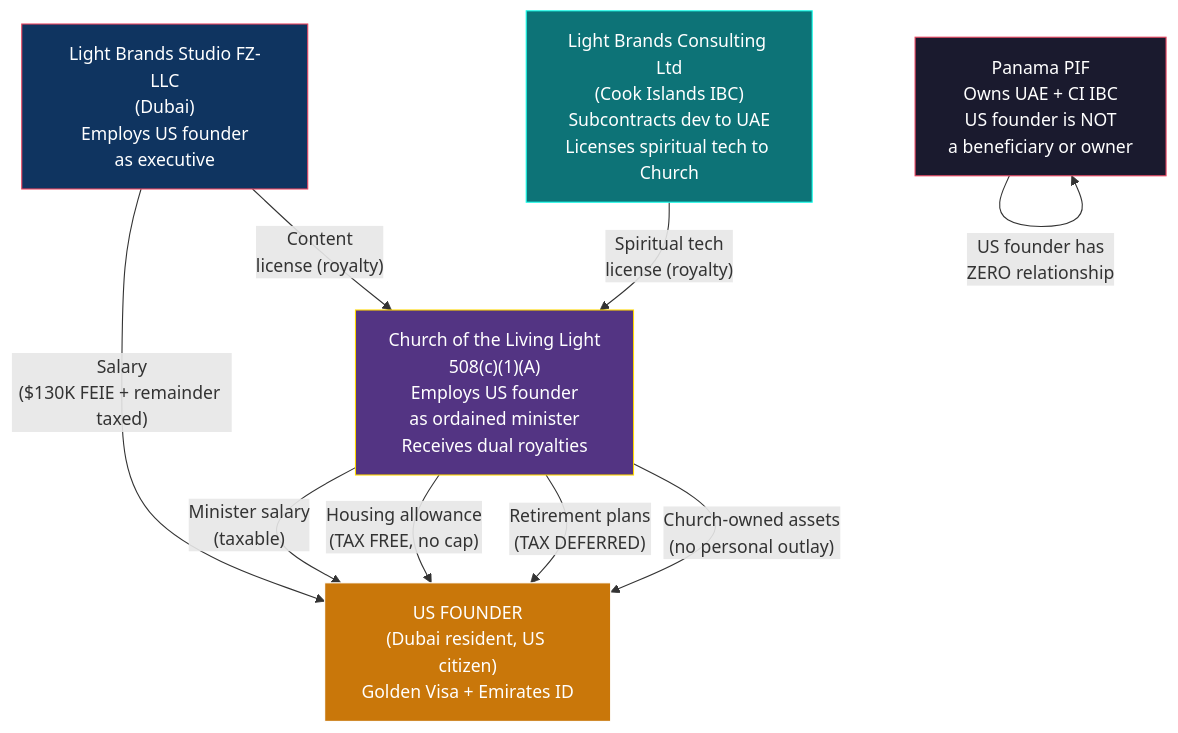
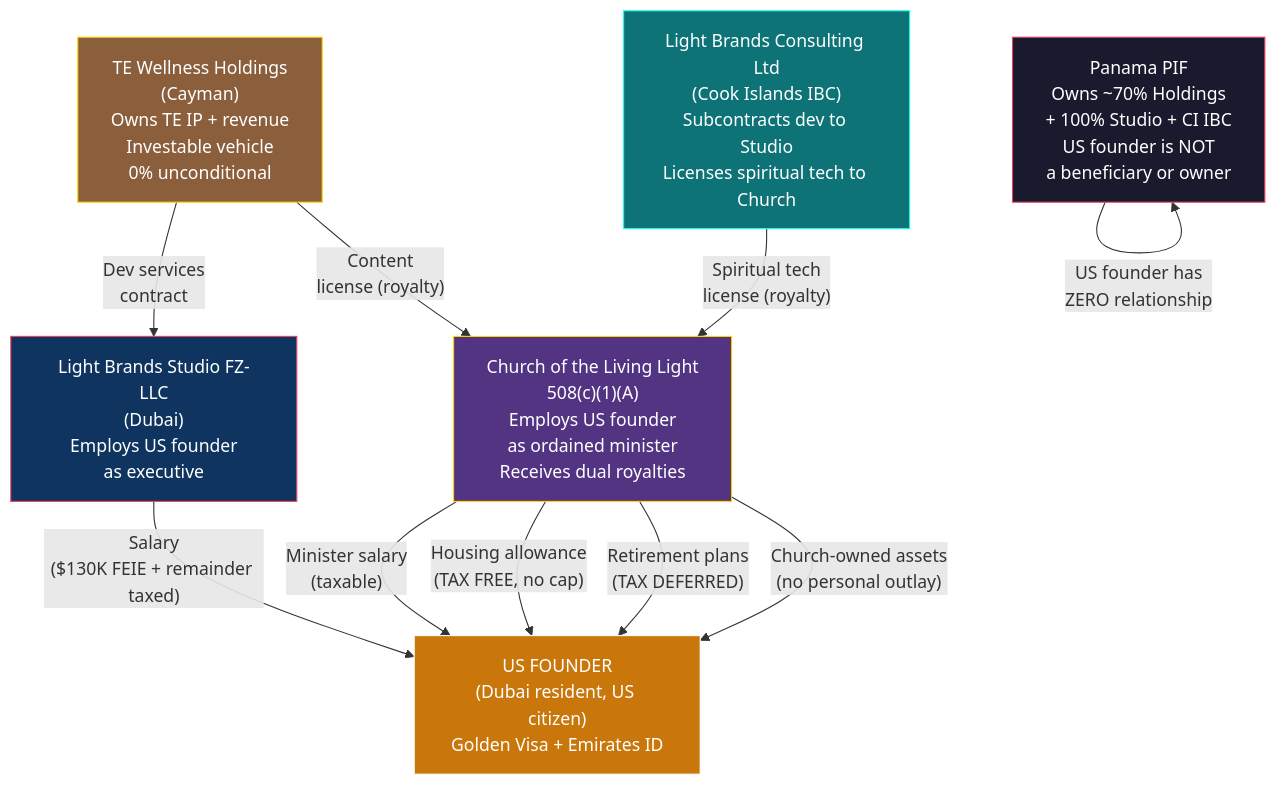
One commit to Light-Brands/epic-center changed the diagram in docs/tax-structure/03-FOUNDER-GUIDE-US.md. Above: the diagram before and after it, drawn with Mermaid. The commit also changed other lines of this file and 8 other files, not shown here.

First line of the commit message:
Integrate TE Wellness Holdings (Cayman) as investable vehicle into tax structure

````diff
--- a/docs/tax-structure/03-FOUNDER-GUIDE-US.md
+++ b/docs/tax-structure/03-FOUNDER-GUIDE-US.md
@@ -18,27 +18,31 @@
 ```mermaid
 graph TB
+    HOLDINGS["TE Wellness Holdings<br/>(Cayman)<br/>Owns TE IP + revenue<br/>Investable vehicle<br/>0% unconditional"]
+
     UAE["Light Brands Studio FZ-LLC<br/>(Dubai)<br/>Employs US founder<br/>as executive"]
 
-    CI["Light Brands Consulting Ltd<br/>(Cook Islands IBC)<br/>Subcontracts dev to UAE<br/>Licenses spiritual tech to Church"]
+    CI["Light Brands Consulting Ltd<br/>(Cook Islands IBC)<br/>Subcontracts dev to Studio<br/>Licenses spiritual tech to Church"]
 
     CHURCH["Church of the Living Light<br/>508(c)(1)(A)<br/>Employs US founder<br/>as ordained minister<br/>Receives dual royalties"]
 
-    PIF["Panama PIF<br/>Owns UAE + CI IBC<br/>US founder is NOT<br/>a beneficiary or owner"]
+    PIF["Panama PIF<br/>Owns ~70% Holdings<br/>+ 100% Studio + CI IBC<br/>US founder is NOT<br/>a beneficiary or owner"]
 
     US["US FOUNDER<br/>(Dubai resident, US citizen)<br/>Golden Visa + Emirates ID"]
 
+    HOLDINGS -->|"Dev services<br/>contract"| UAE
+    HOLDINGS -->|"Content<br/>license (royalty)"| CHURCH
     UAE -->|"Salary<br/>($130K FEIE + remainder taxed)"| US
     CI -->|"Spiritual tech<br/>license (royalty)"| CHURCH
-    UAE -->|"Content<br/>license (royalty)"| CHURCH
     CHURCH -->|"Minister salary<br/>(taxable)"| US
     CHURCH -->|"Housing allowance<br/>(TAX FREE, no cap)"| US
     CHURCH -->|"Retirement plans<br/>(TAX DEFERRED)"| US
     CHURCH -->|"Church-owned assets<br/>(no personal outlay)"| US
     PIF -->|"US founder has<br/>ZERO relationship"| PIF
 
+    style HOLDINGS fill:#8b5e3c,stroke:#ffd700,color:#fff
     style UAE fill:#0f3460,stroke:#e94560,color:#fff
     style CI fill:#0d7377,stroke:#14ffec,color:#fff
     style CHURCH fill:#533483,stroke:#ffd700,color:#fff
     style PIF fill:#1a1a2e,stroke:#e94560,color:#fff
     style US fill:#c9770a,stroke:#fff,color:#fff
 ```
````
